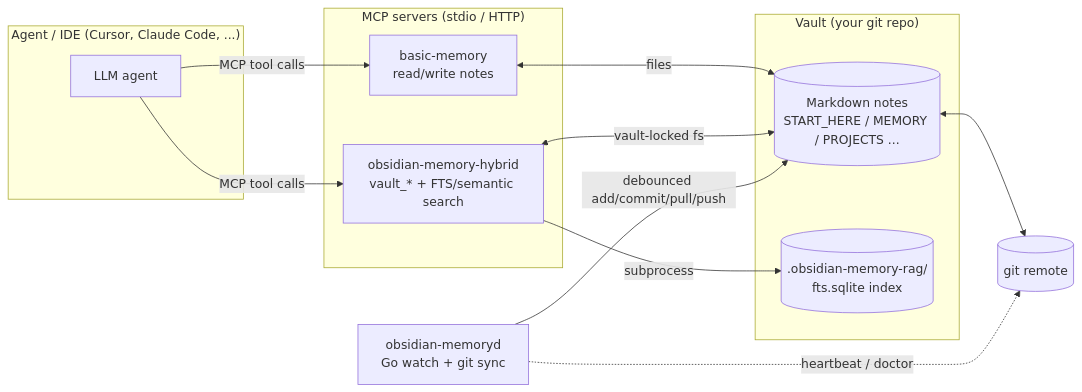
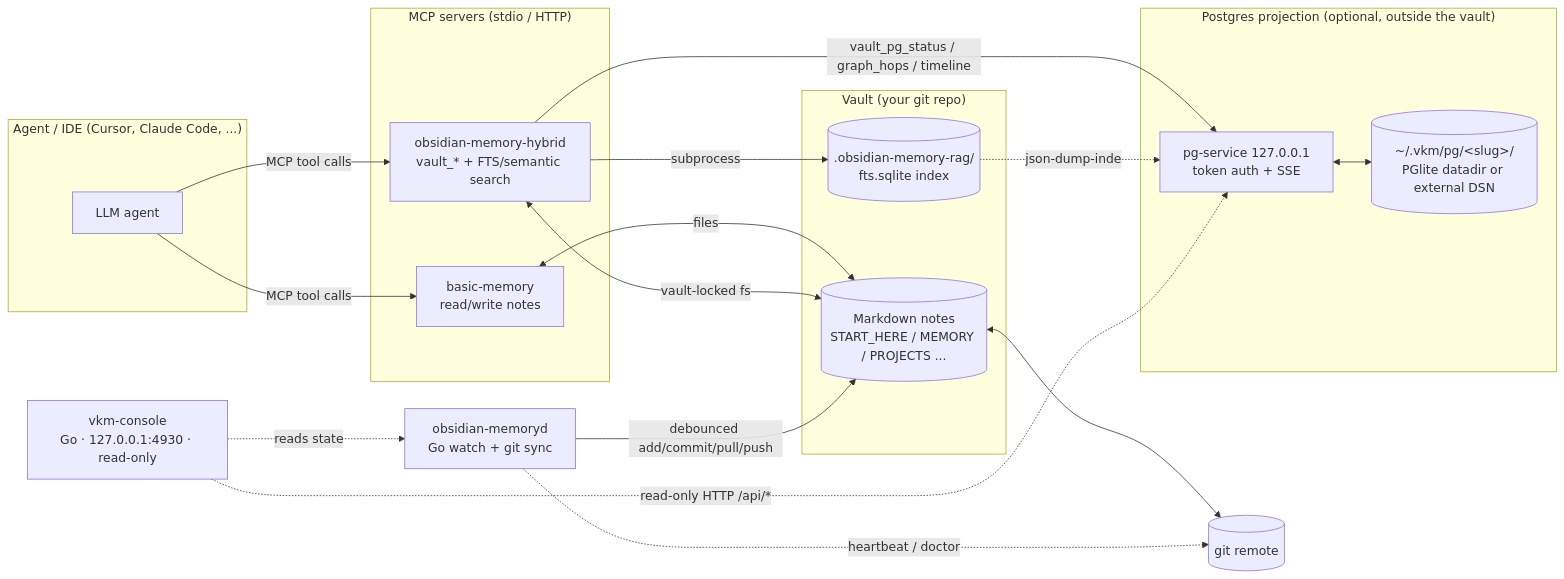
Before and after one commit to Vahlame/create-vkm-kit: the first of 4 diagrams in ARCHITECTURE.md, drawn with Mermaid. The commit also changed other lines of this file and 118 other files, not shown here.

````diff
--- a/ARCHITECTURE.md
+++ b/ARCHITECTURE.md
@@ -22,25 +22,35 @@
 ```mermaid
 flowchart LR
   subgraph IDE["Agent / IDE (Cursor, Claude Code, ...)"]
     A[LLM agent]
   end
   subgraph MCP["MCP servers (stdio / HTTP)"]
     BM[basic-memory<br/>read/write notes]
     HY[obsidian-memory-hybrid<br/>vault_* + FTS/semantic search]
   end
   subgraph VAULT["Vault (your git repo)"]
     MD[(Markdown notes<br/>START_HERE / MEMORY / PROJECTS ...)]
     IDX[(.obsidian-memory-rag/<br/>fts.sqlite index)]
   end
+  subgraph PROJ["Postgres projection (optional, outside the vault)"]
+    PGS[pg-service 127.0.0.1<br/>token auth + SSE]
+    PG[(~/.vkm/pg/&lt;slug&gt;/<br/>PGlite datadir or external DSN)]
+  end
   DAEMON[obsidian-memoryd<br/>Go watch + git sync]
+  CONSOLE[vkm-console<br/>Go · 127.0.0.1:4930 · read-only]
   REMOTE[(git remote)]
 
   A -->|MCP tool calls| BM
   A -->|MCP tool calls| HY
   BM <-->|files| MD
   HY <-->|vault-locked fs| MD
   HY -->|subprocess| IDX
+  HY -->|vault_pg_status / graph_hops / timeline| PGS
+  IDX -.json-dump-index.-> PGS
+  PGS <--> PG
   DAEMON -->|debounced add/commit/pull/push| MD
   MD <--> REMOTE
   DAEMON -.heartbeat / doctor.-> REMOTE
+  CONSOLE -.reads state.-> DAEMON
+  CONSOLE -.read-only HTTP /api/*.-> PGS
 ```
````
